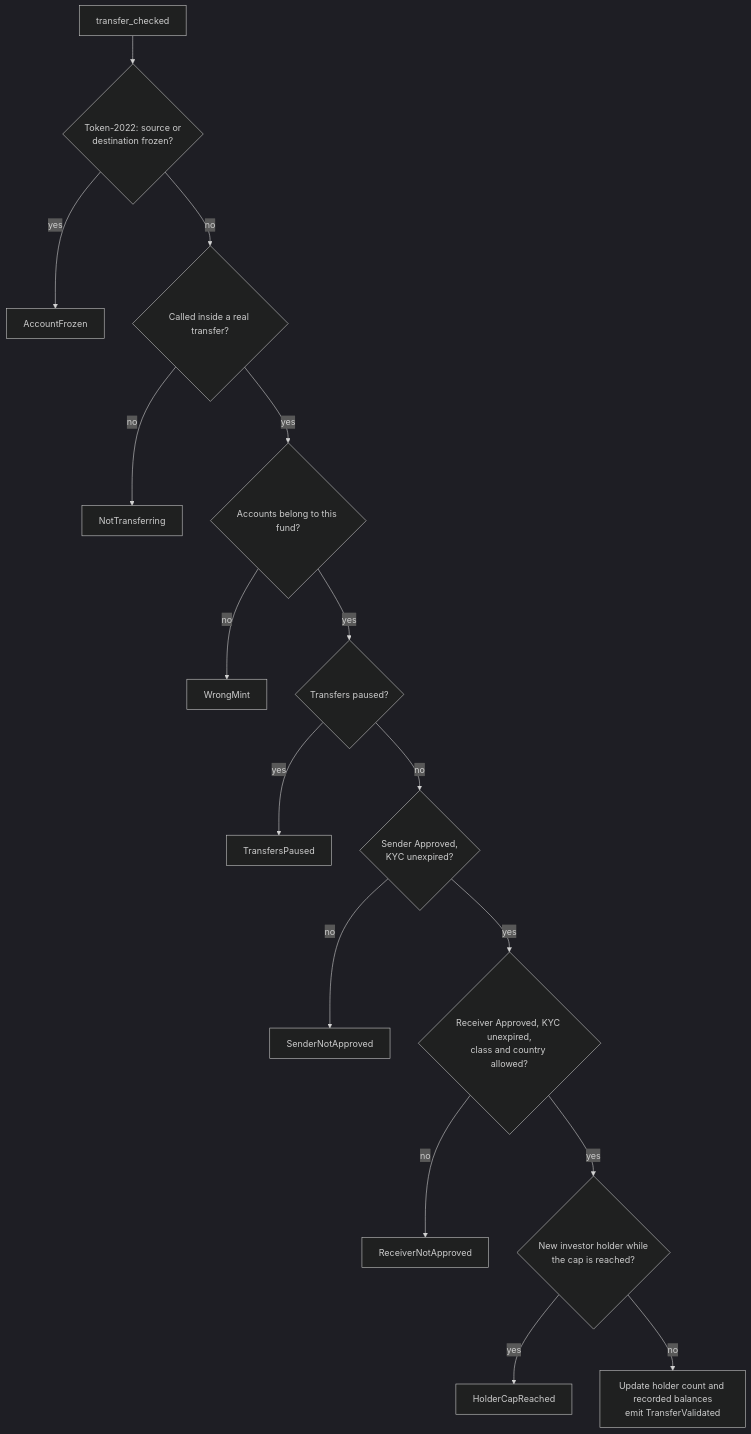
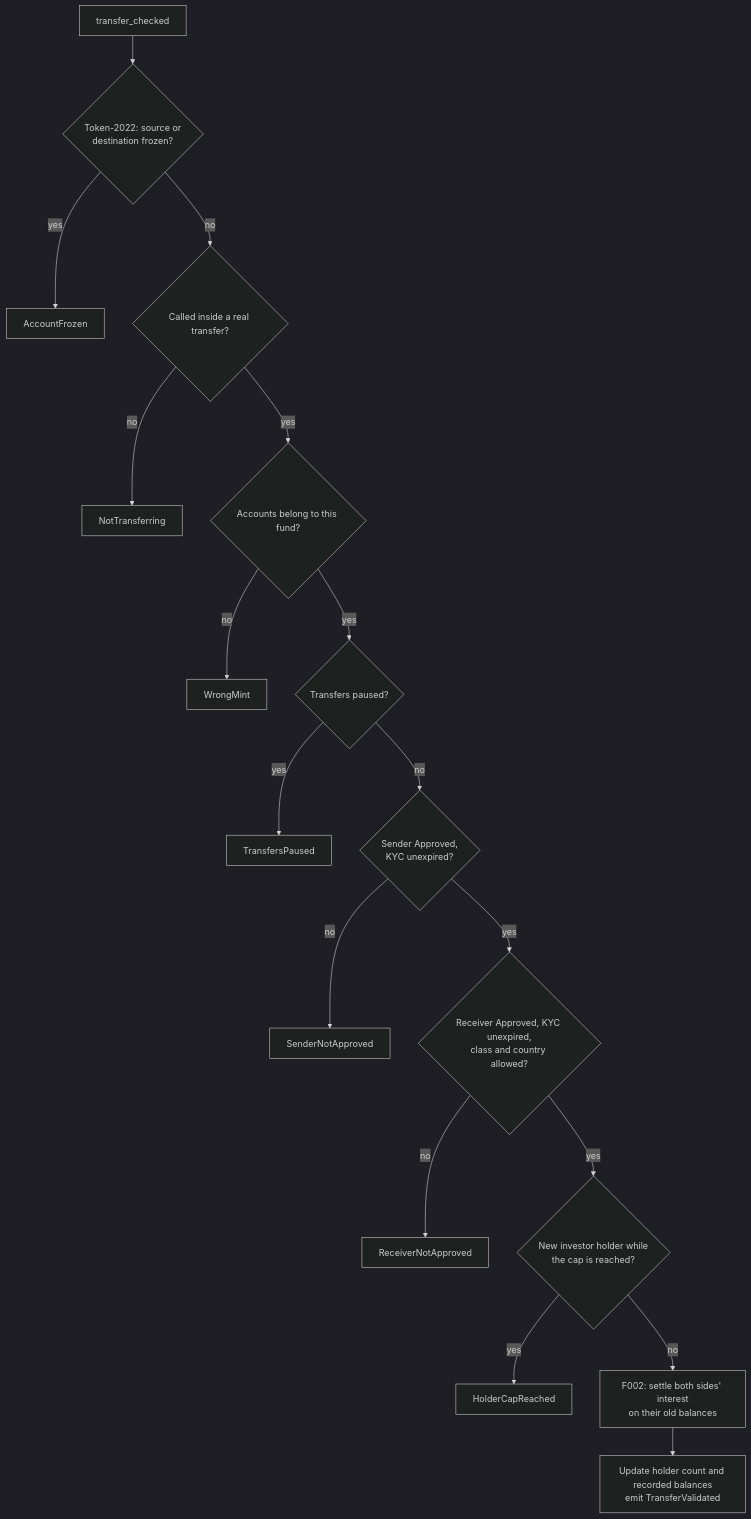
The third of 4 diagrams in README.md (jaxter03/tokenized-mmf-collateral), drawn with Mermaid (dark theme) before and after one commit. The commit also changed other lines of this file and 2 other files, not shown here.

````diff
--- a/README.md
+++ b/README.md
@@ -107,18 +125,19 @@
 ```mermaid
 flowchart TD
     A["transfer_checked"] --> B{"Token-2022: source or<br/>destination frozen?"}
     B -->|yes| X1["AccountFrozen"]
     B -->|no| C{"Called inside a real transfer?"}
     C -->|no| X2["NotTransferring"]
     C -->|yes| D{"Accounts belong to this fund?"}
     D -->|no| X3["WrongMint"]
     D -->|yes| E{"Transfers paused?"}
     E -->|yes| X4["TransfersPaused"]
     E -->|no| F{"Sender Approved,<br/>KYC unexpired?"}
     F -->|no| X5["SenderNotApproved"]
     F -->|yes| G{"Receiver Approved, KYC unexpired,<br/>class and country allowed?"}
     G -->|no| X6["ReceiverNotApproved"]
     G -->|yes| H{"New investor holder while<br/>the cap is reached?"}
     H -->|yes| X7["HolderCapReached"]
-    H -->|no| I["Update holder count and recorded balances<br/>emit TransferValidated"]
+    H -->|no| S["F002: settle both sides' interest<br/>on their old balances"]
+    S --> I["Update holder count and recorded balances<br/>emit TransferValidated"]
 ```
````
